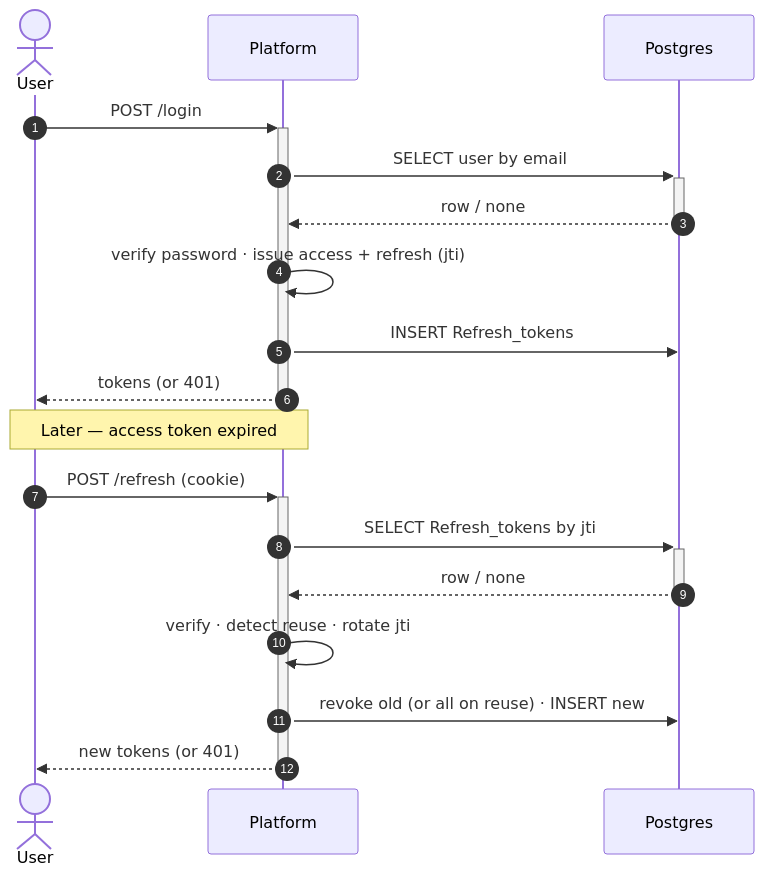
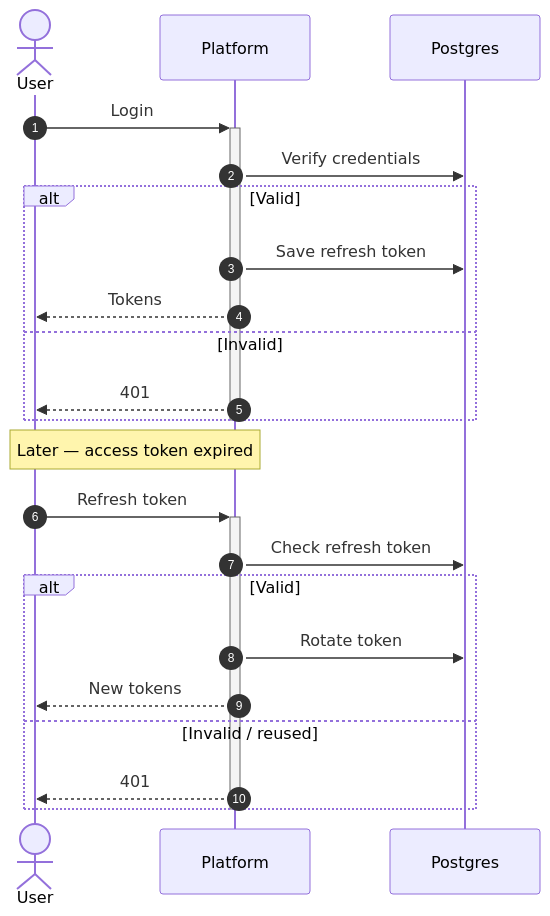
One commit to MohamedChebbi123/teamnest changed the second of 16 diagrams in docs/SEQUENCE_DIAGRAMS.md. Above: the diagram before and after it, drawn with Mermaid. The commit also changed other lines of this file, not shown here.

````diff
--- a/docs/SEQUENCE_DIAGRAMS.md
+++ b/docs/SEQUENCE_DIAGRAMS.md
@@ -56,23 +66,29 @@
 ```mermaid
 sequenceDiagram
     autonumber
     actor User
     participant API as Platform
     participant DB as Postgres
 
-    User->>+API: POST /login
-    API->>+DB: SELECT user by email
-    DB-->>-API: row / none
-    API->>API: verify password · issue access + refresh (jti)
-    API->>DB: INSERT Refresh_tokens
-    API-->>-User: tokens (or 401)
+    User->>+API: Login
+    API->>DB: Verify credentials
+    alt Valid
+        API->>DB: Save refresh token
+        API-->>User: Tokens
+    else Invalid
+        API-->>User: 401
+    end
+    deactivate API
 
     Note over User,API: Later — access token expired
 
-    User->>+API: POST /refresh (cookie)
-    API->>+DB: SELECT Refresh_tokens by jti
-    DB-->>-API: row / none
-    API->>API: verify · detect reuse · rotate jti
-    API->>DB: revoke old (or all on reuse) · INSERT new
-    API-->>-User: new tokens (or 401)
+    User->>+API: Refresh token
+    API->>DB: Check refresh token
+    alt Valid
+        API->>DB: Rotate token
+        API-->>User: New tokens
+    else Invalid / reused
+        API-->>User: 401
+    end
+    deactivate API
 ```
````
